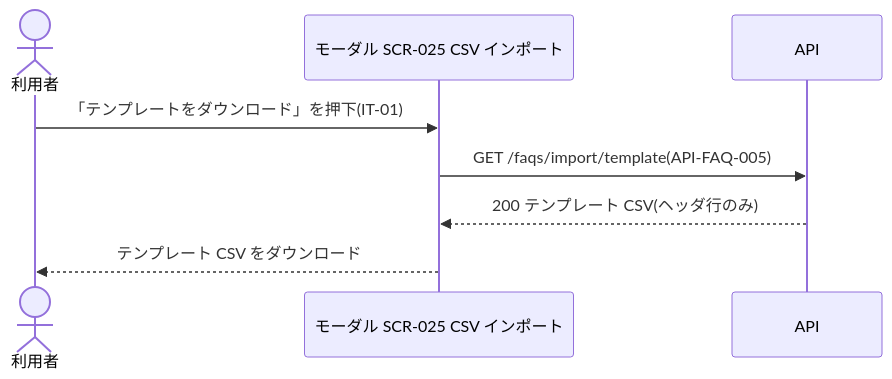
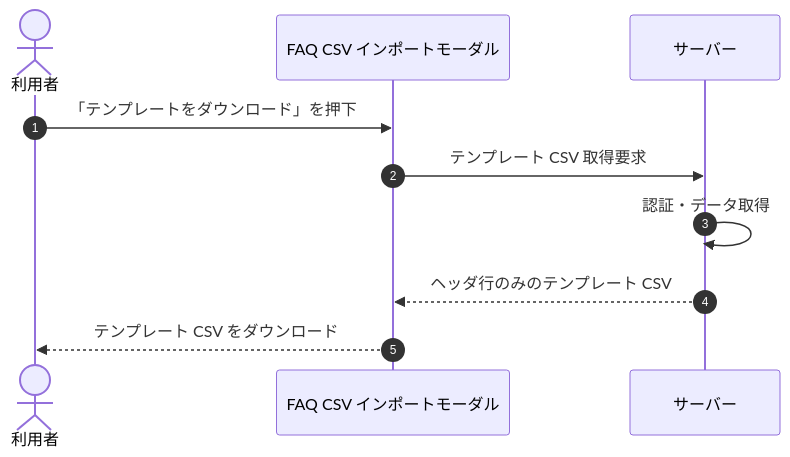
One commit to sikakou54/open-faq changed the diagram in 02_basic_design/05_sequences/SEQ-036.md. Above: the diagram before and after it, drawn with Mermaid. The commit also changed other lines of this file and 108 other files, not shown here.

First line of the commit message:
基本設計: シーケンス図を基本設計粒度(ユーザー/画面/サーバー)へ再編成

````diff
--- a/02_basic_design/05_sequences/SEQ-036.md
+++ b/02_basic_design/05_sequences/SEQ-036.md
@@ -25,10 +32,12 @@
 ```mermaid
 sequenceDiagram
+  autonumber
   actor U as 利用者
-  participant S as モーダル SCR-025 CSV インポート
-  participant API as API
-  U->>S: 「テンプレートをダウンロード」を押下(IT-01)
-  S->>API: GET /faqs/import/template(API-FAQ-005)
-  API-->>S: 200 テンプレート CSV(ヘッダ行のみ)
-  S-->>U: テンプレート CSV をダウンロード
+  participant Screen as FAQ CSV インポートモーダル
+  participant Server as サーバー
+  U->>Screen: 「テンプレートをダウンロード」を押下
+  Screen->>Server: テンプレート CSV 取得要求
+  Server->>Server: 認証・データ取得
+  Server-->>Screen: ヘッダ行のみのテンプレート CSV
+  Screen-->>U: テンプレート CSV をダウンロード
 ```
````
